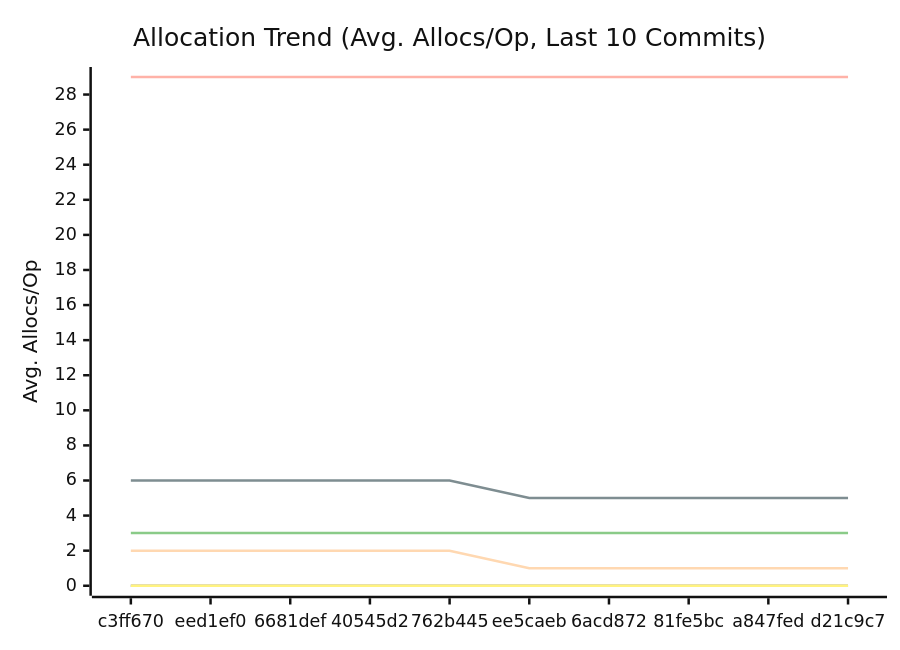
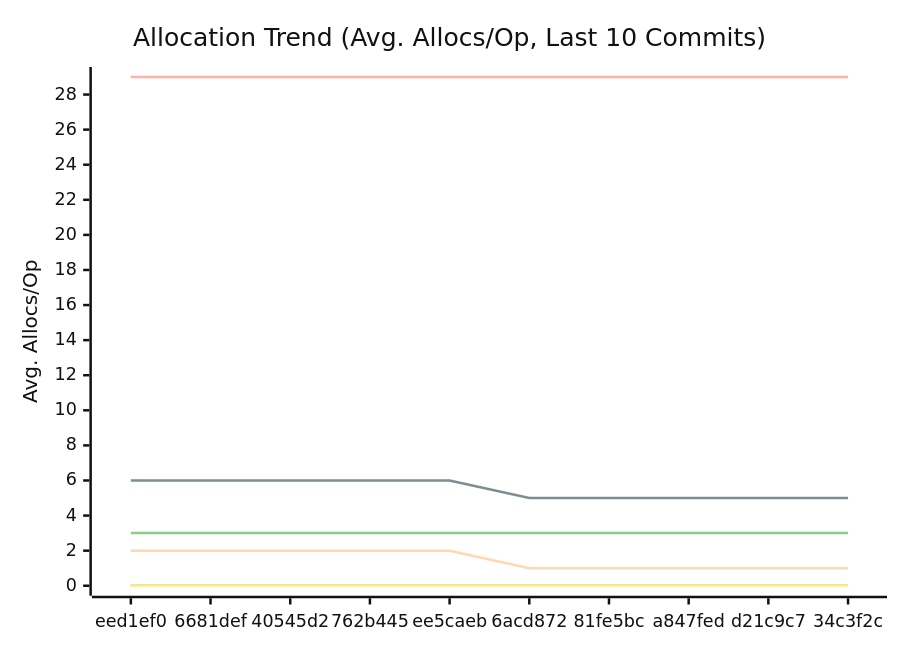
One commit to alsotoes/momo changed the third of 3 diagrams in docs/PERFORMANCE.md. Above: the diagram before and after it, drawn with Mermaid (neutral theme). The commit also changed other lines of this file and 2 other files, not shown here.

````diff
--- a/docs/PERFORMANCE.md
+++ b/docs/PERFORMANCE.md
@@ -114,16 +114,16 @@
 ```mermaid
 xychart-beta
     title "Allocation Trend (Avg. Allocs/Op, Last 10 Commits)"
     x-axis "Commit"
     y-axis "Avg. Allocs/Op"
-    x-axis [c3ff670,eed1ef0,6681def,40545d2,762b445,ee5caeb,6acd872,81fe5bc,a847fed,d21c9c7]
+    x-axis [eed1ef0,6681def,40545d2,762b445,ee5caeb,6acd872,81fe5bc,a847fed,d21c9c7,34c3f2c]
     line "CheckMetricsAndSwap" [0,0,0,0,0,0,0,0,0,0]
     line "CrushOptimized" [0,0,0,0,0,0,0,0,0,0]
     line "CrushOriginal" [3,3,3,3,3,3,3,3,3,3]
     line "IndexDirectTracking" [0,0,0,0,0,0,0,0,0,0]
     line "IndexSearch" [0,0,0,0,0,0,0,0,0,0]
     line "LoadGlobalConfig" [29,29,29,29,29,29,29,29,29,29]
     line "PadString" [0,0,0,0,0,0,0,0,0,0]
     line "ParseReplicationOrder_NoPrealloc" [6,6,6,6,6,5,5,5,5,5]
     line "ParseReplicationOrder_Prealloc" [2,2,2,2,2,1,1,1,1,1]
 ```
````
